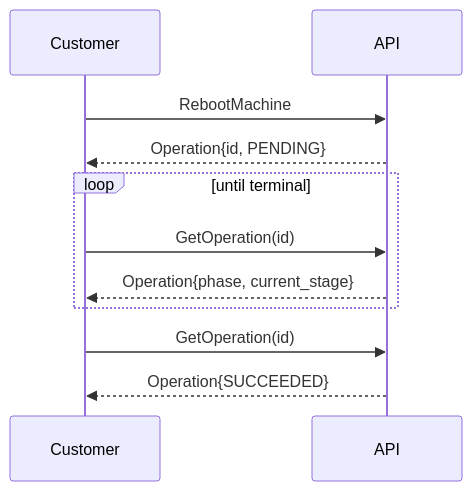
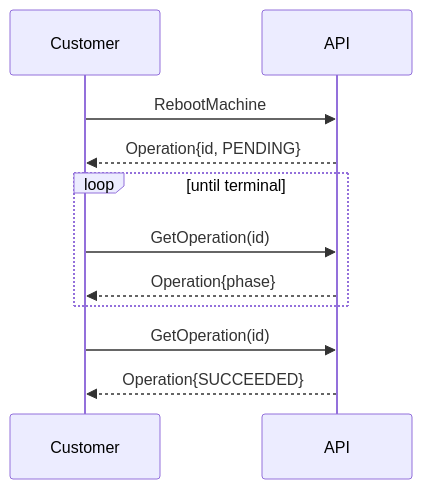
The fourth of 4 diagrams in docs/baremetal-api-v1.md (vpatelsj/stargate), drawn with Mermaid before and after one commit. The commit also changed other lines of this file and 7 other files, not shown here.

````diff
--- a/docs/baremetal-api-v1.md
+++ b/docs/baremetal-api-v1.md
@@ -179,14 +178,14 @@
 ```mermaid
 sequenceDiagram
     participant C as Customer
     participant A as API
 
     C->>A: RebootMachine
     A-->>C: Operation{id, PENDING}
     loop until terminal
         C->>A: GetOperation(id)
-        A-->>C: Operation{phase, current_stage}
+        A-->>C: Operation{phase}
     end
     C->>A: GetOperation(id)
     A-->>C: Operation{SUCCEEDED}
 ```
````
